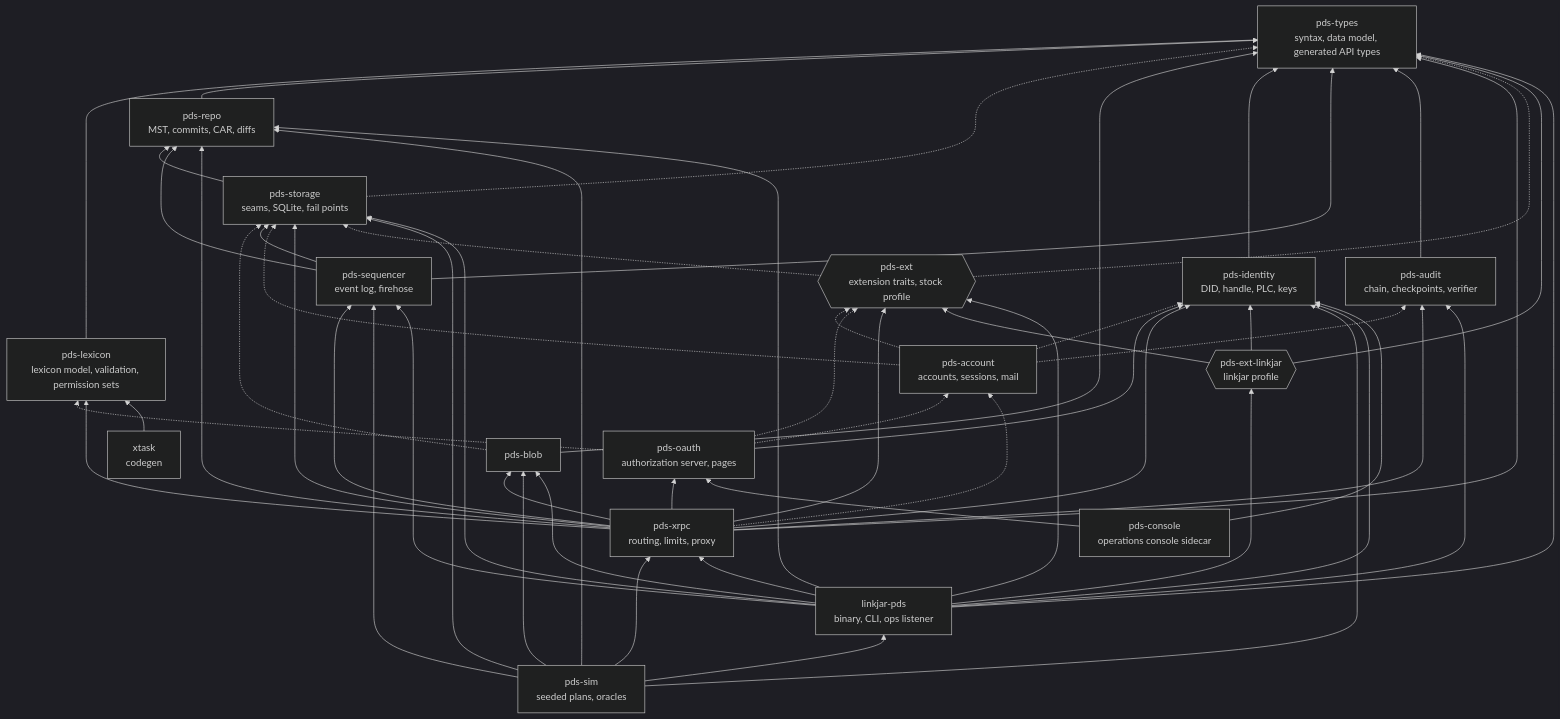
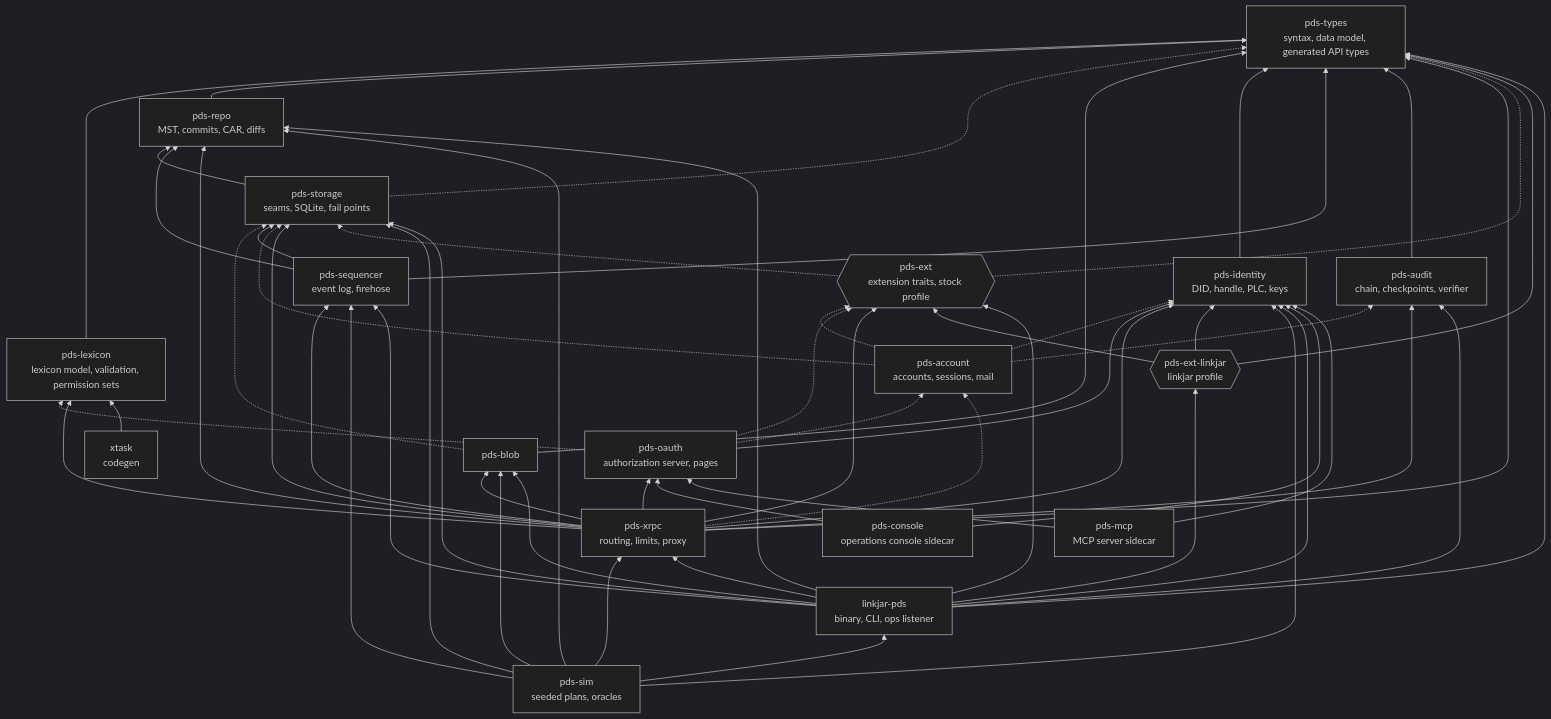
One commit to linkjar/pds changed the diagram in docs/architecture/diagrams/03-crates.mmd. Above: the diagram before and after it, drawn with Mermaid (dark theme). The commit also changed 7 other files, not shown here.

```diff
--- a/docs/architecture/diagrams/03-crates.mmd
+++ b/docs/architecture/diagrams/03-crates.mmd
@@ -1,38 +1,40 @@
 flowchart BT
   types[pds-types<br/>syntax, data model, generated API types]
   lexicon[pds-lexicon<br/>lexicon model, validation, permission sets]
   repo[pds-repo<br/>MST, commits, CAR, diffs]
   storage[pds-storage<br/>seams, SQLite, fail points]
   blob[pds-blob]
   identity[pds-identity<br/>DID, handle, PLC, keys]
   sequencer[pds-sequencer<br/>event log, firehose]
   account[pds-account<br/>accounts, sessions, mail]
   oauth[pds-oauth<br/>authorization server, pages]
   audit[pds-audit<br/>chain, checkpoints, verifier]
   xrpc[pds-xrpc<br/>routing, limits, proxy]
   ext{{pds-ext<br/>extension traits, stock profile}}
   linkjar{{pds-ext-linkjar<br/>linkjar profile}}
   sim[pds-sim<br/>seeded plans, oracles]
   bin[linkjar-pds<br/>binary, CLI, ops listener]
   xtask[xtask<br/>codegen]
   console[pds-console<br/>operations console sidecar]
+  mcp[pds-mcp<br/>MCP server sidecar]
   lexicon --> types
   repo --> types
   storage --> repo
   storage -.-> types
   blob --> types
   blob -.-> storage
   identity --> types
   sequencer --> types & repo & storage
   account -.-> storage & identity & ext & audit
   oauth --> identity
   oauth -.-> account & lexicon & ext
   audit --> types
   xrpc --> types & repo & storage & identity & blob & lexicon & sequencer & oauth & ext & audit
   xrpc -.-> account
   ext -.-> types & storage
   linkjar --> ext & identity & types
   sim --> bin & xrpc & storage & sequencer & repo & identity & blob
   bin --> types & xrpc & storage & identity & blob & repo & sequencer & ext & linkjar & audit
   xtask --> lexicon
   console --> identity & oauth
+  mcp --> identity & oauth
```
